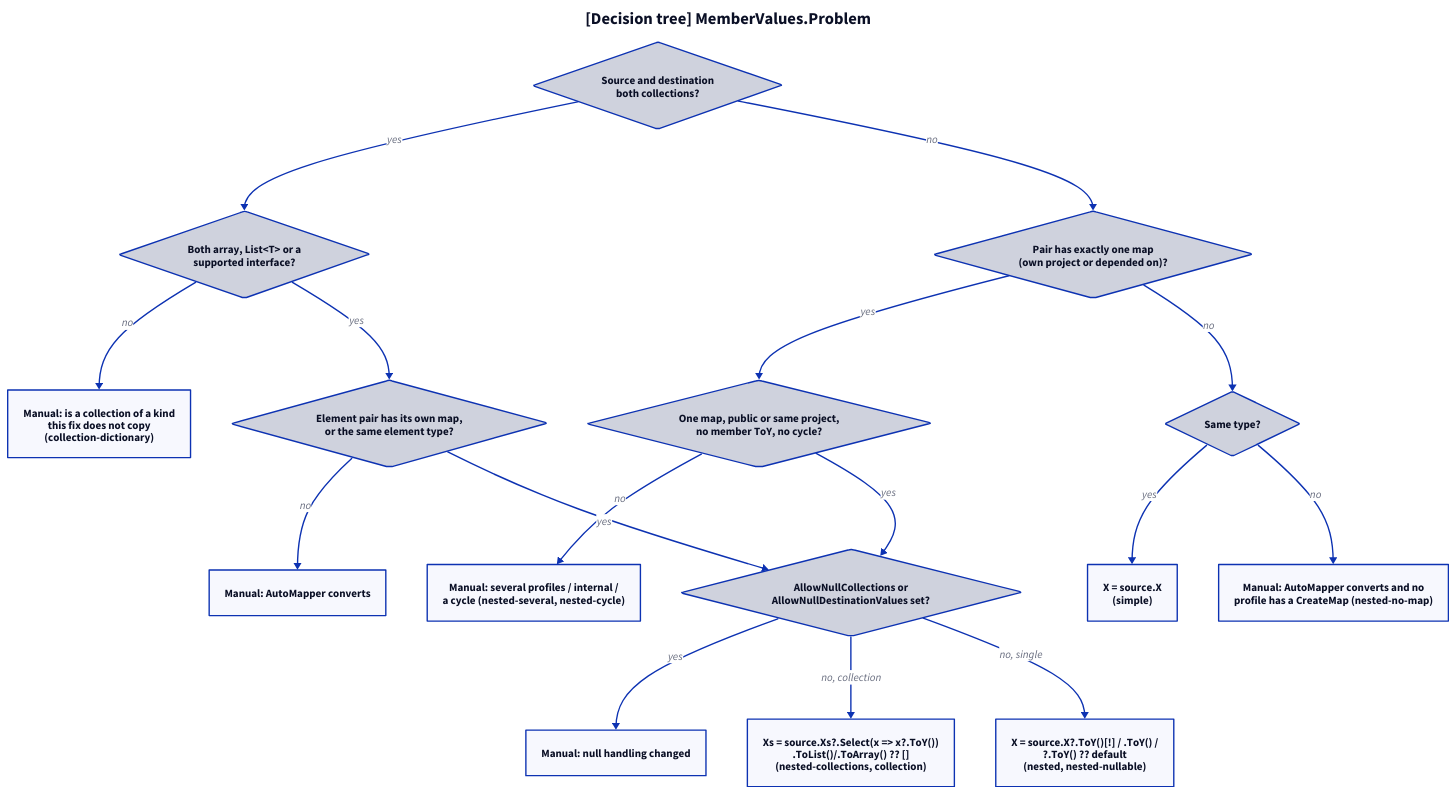
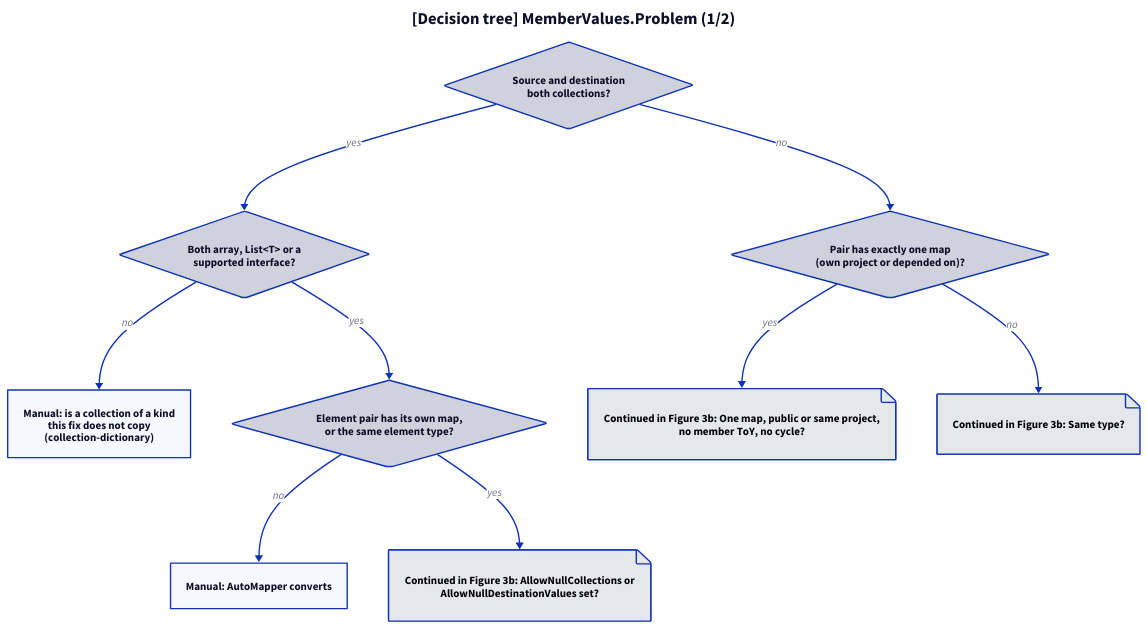
The diagram in docs/projectinfo/patterns/img/automapper-nested-maps-modellen-3.d2 (ATkingma/unshackle), drawn with D2 before and after one commit. The commit also changed 271 other files, not shown here.

```diff
--- a/docs/projectinfo/patterns/img/automapper-nested-maps-modellen-3.d2
+++ b/docs/projectinfo/patterns/img/automapper-nested-maps-modellen-3.d2
@@ -1,32 +1,19 @@
-title: "[Decision tree] MemberValues.Problem" {shape: text; near: top-center; style: {font-size: 24; bold: true}}
+title: "[Decision tree] MemberValues.Problem (1/2)" {shape: text; near: top-center; style: {font-size: 24; bold: true}}
 direction: down
 q1: "Source and destination\nboth collections?" {shape: diamond}
 q1c: "Both array, List<T> or a\nsupported interface?" {shape: diamond}
 m1: "Manual: is a collection of a kind\nthis fix does not copy\n(collection-dictionary)"
 q2: "Element pair has its own map,\nor the same element type?" {shape: diamond}
 m2: "Manual: AutoMapper converts"
-f1: "Xs = source.Xs?.Select(x => x?.ToY())\n.ToList()/.ToArray() ?? []\n(nested-collections, collection)"
 q3: "Pair has exactly one map\n(own project or depended on)?" {shape: diamond}
-q3s: "Same type?" {shape: diamond}
-f0: "X = source.X\n(simple)"
-m3: "Manual: AutoMapper converts and no\nprofile has a CreateMap (nested-no-map)"
-q4: "One map, public or same project,\nno member ToY, no cycle?" {shape: diamond}
-m4: "Manual: several profiles / internal /\na cycle (nested-several, nested-cycle)"
-q5: "AllowNullCollections or\nAllowNullDestinationValues set?" {shape: diamond}
-m5: "Manual: null handling changed"
-f2: "X = source.X?.ToY()[!] / .ToY() /\n?.ToY() ?? default\n(nested, nested-nullable)"
+to_next_q5: "Continued in Figure 3b: AllowNullCollections or\nAllowNullDestinationValues set?" {shape: page; style: {fill: "#e5e7eb"; font-color: "#000000"}}
+to_next_q4: "Continued in Figure 3b: One map, public or same project,\nno member ToY, no cycle?" {shape: page; style: {fill: "#e5e7eb"; font-color: "#000000"}}
+to_next_q3s: "Continued in Figure 3b: Same type?" {shape: page; style: {fill: "#e5e7eb"; font-color: "#000000"}}
 q1 -> q1c: yes
 q1 -> q3: no
 q1c -> m1: no
 q1c -> q2: yes
 q2 -> m2: no
-q2 -> q5: yes
-q3 -> q4: yes
-q3 -> q3s: no
-q3s -> f0: yes
-q3s -> m3: no
-q4 -> m4: no
-q4 -> q5: yes
-q5 -> m5: yes
-q5 -> f1: "no, collection"
-q5 -> f2: "no, single"
+q2 -> to_next_q5: yes
+q3 -> to_next_q4: yes
+q3 -> to_next_q3s: no
```
